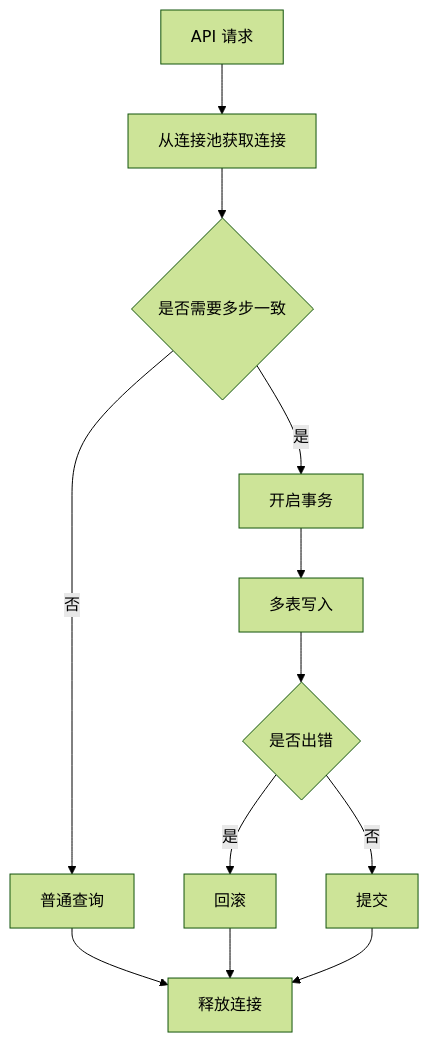
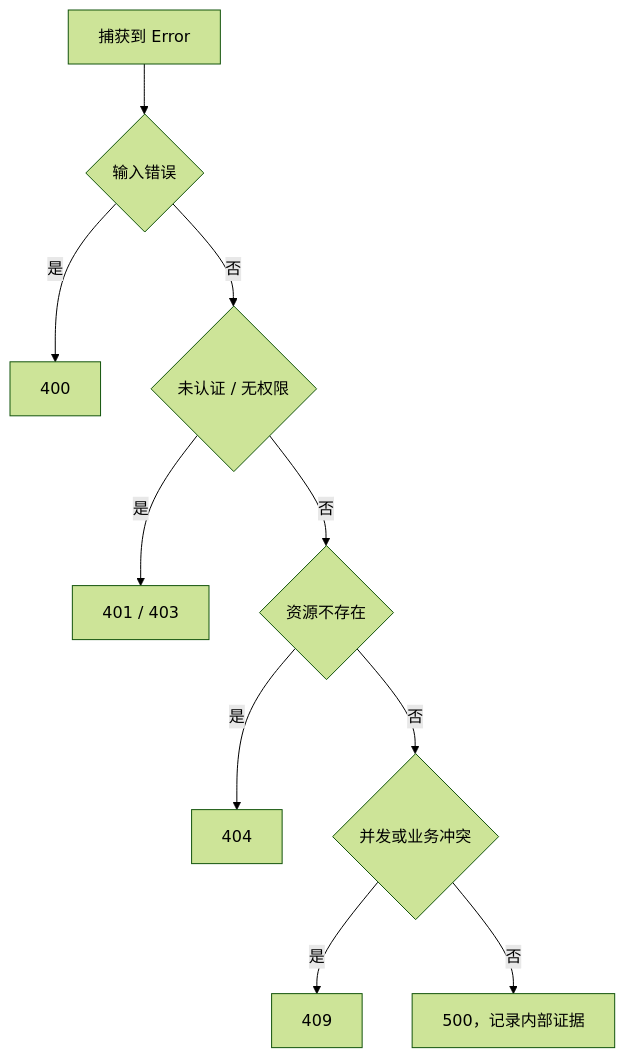
Before and after one commit to yokry-he/yok-study-web: diagram 18 of 27 in docs/node/visual-guide.md, drawn with Mermaid (forest theme). The commit also changed other lines of this file and 14 other files, not shown here.

````diff
--- a/docs/node/visual-guide.md
+++ b/docs/node/visual-guide.md
@@ -95,14 +364,12 @@
 ```mermaid
 flowchart TD
-  A[API 请求] --> B[从连接池获取连接]
-  B --> C{是否需要多步一致}
-  C -- 否 --> D[普通查询]
-  C -- 是 --> E[开启事务]
-  E --> F[多表写入]
-  F --> G{是否出错}
-  G -- 是 --> H[回滚]
-  G -- 否 --> I[提交]
-  D --> J[释放连接]
-  H --> J
-  I --> J
+  A["捕获到 Error"] --> B{"输入错误"}
+  B -- "是" --> C["400"]
+  B -- "否" --> D{"未认证 / 无权限"}
+  D -- "是" --> E["401 / 403"]
+  D -- "否" --> F{"资源不存在"}
+  F -- "是" --> G["404"]
+  F -- "否" --> H{"并发或业务冲突"}
+  H -- "是" --> I["409"]
+  H -- "否" --> J["500，记录内部证据"]
 ```
````
